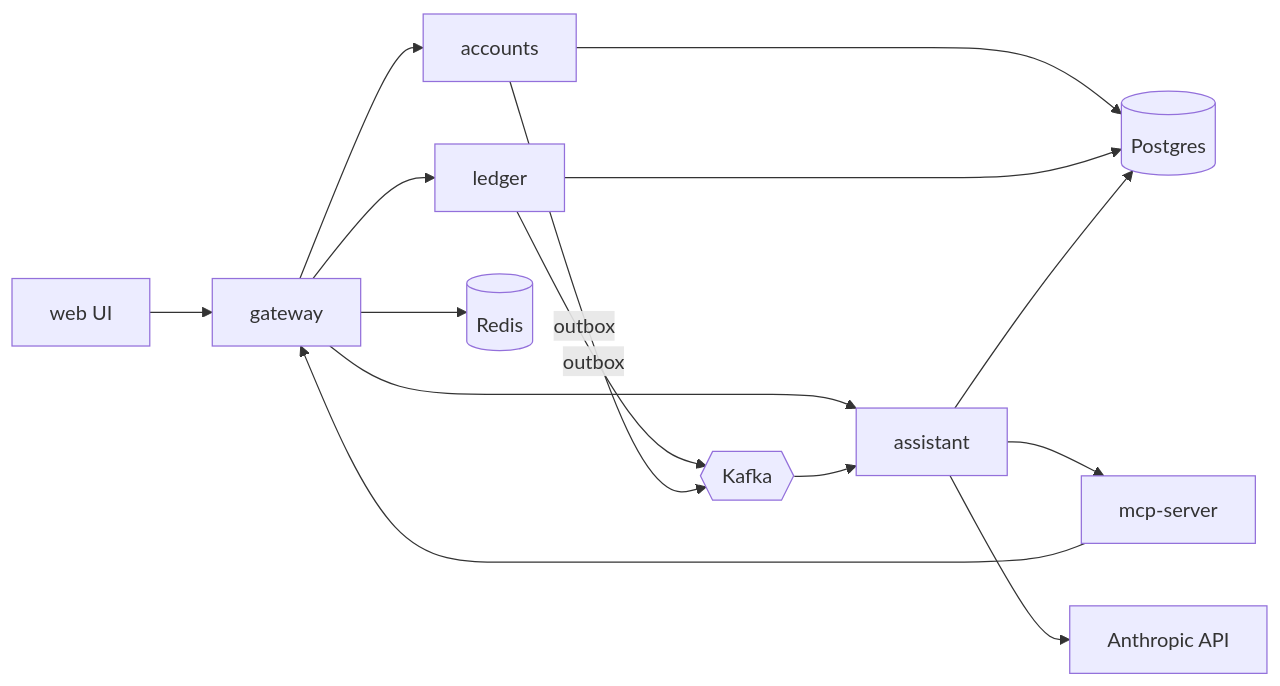
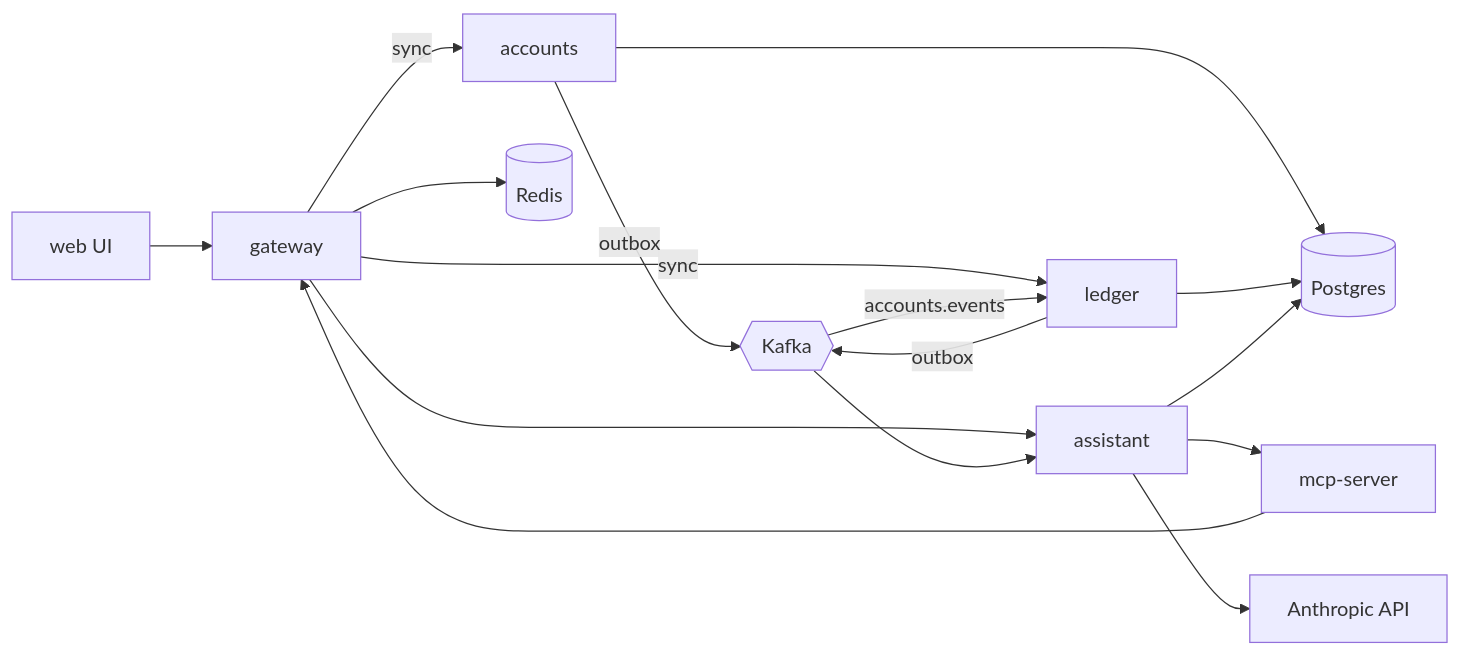
Before and after one commit to GodwinJacobR/mock-bank: the diagram in specs/000-architecture.md, drawn with Mermaid. The commit also changed other lines of this file, not shown here.

Commit message:
Update architecture spec with settled decisions

````diff
--- a/specs/000-architecture.md
+++ b/specs/000-architecture.md
@@ -19,17 +19,18 @@
 ```mermaid
 flowchart LR
   UI[web UI] --> GW[gateway]
-  GW --> ACC[accounts]
-  GW --> LED[ledger]
+  GW -- sync --> ACC[accounts]
+  GW -- sync --> LED[ledger]
   GW --> AST[assistant]
   AST --> MCP[mcp-server]
   MCP --> GW
   ACC --> PG[(Postgres)]
   LED --> PG
   AST --> PG
   LED -- outbox --> K{{Kafka}}
   ACC -- outbox --> K
+  K -- accounts.events --> LED
   K --> AST
   GW --> R[(Redis)]
   AST --> LLM[Anthropic API]
 ```
````
